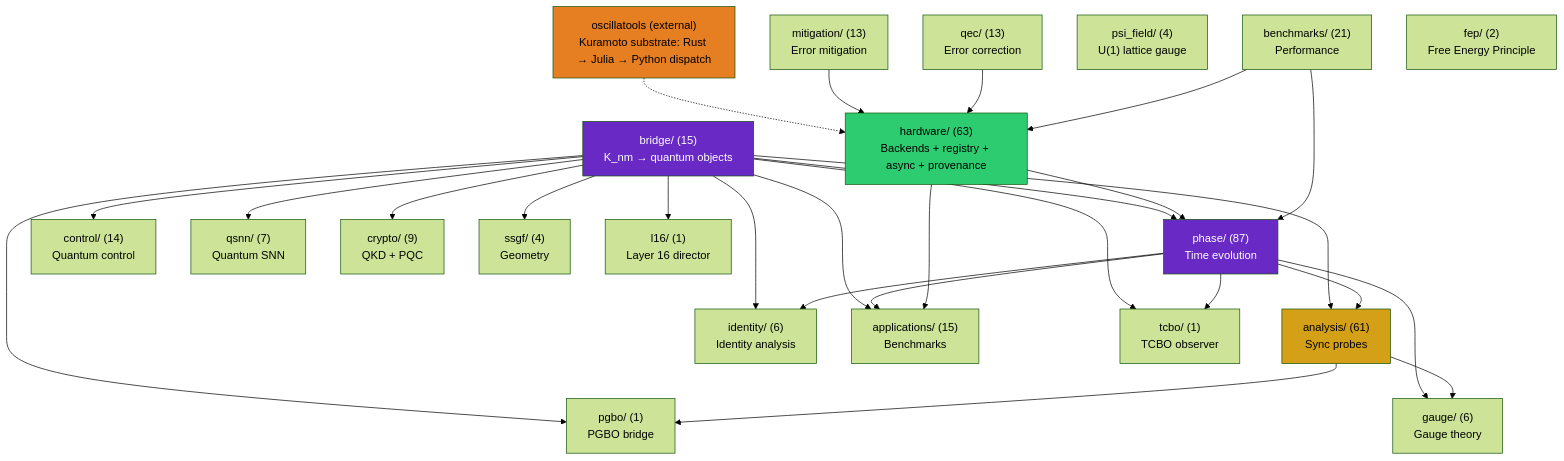
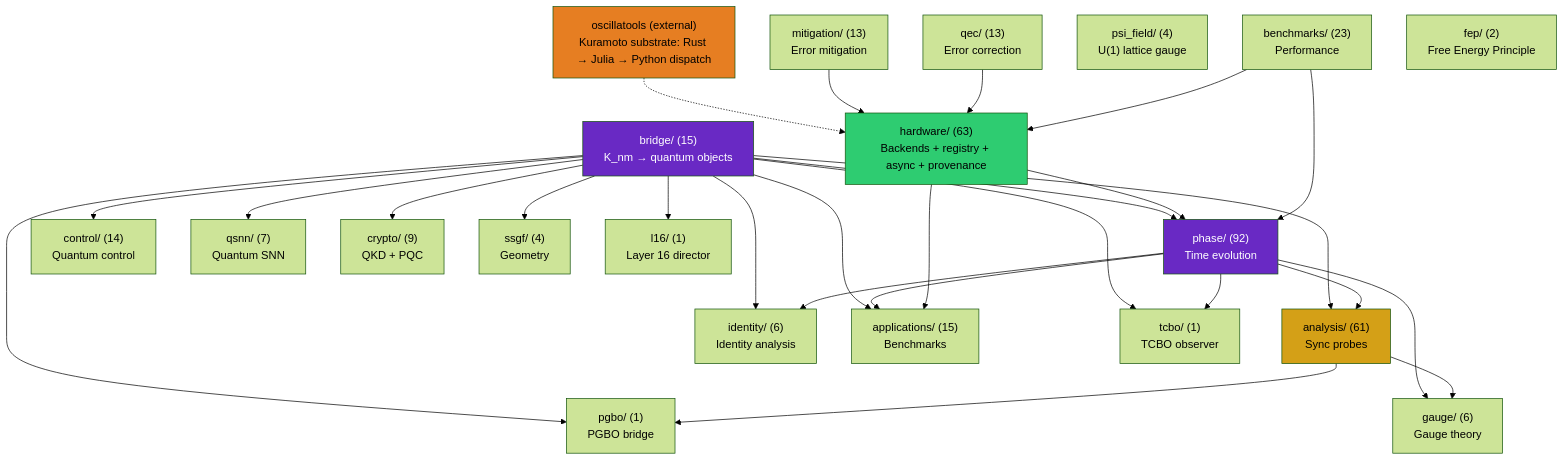
The first of 4 diagrams in docs/architecture.md (anulum/scpn-quantum-control), drawn with Mermaid (forest theme) before and after one commit. The commit also changed other lines of this file and 20 other files, not shown here.

````diff
--- a/docs/architecture.md
+++ b/docs/architecture.md
@@ -88,55 +88,55 @@
 ```mermaid
 graph TD
     bridge["bridge/ (15)\nK_nm → quantum objects"]
-    phase["phase/ (87)\nTime evolution"]
+    phase["phase/ (92)\nTime evolution"]
     analysis["analysis/ (61)\nSync probes"]
     control["control/ (14)\nQuantum control"]
     qsnn["qsnn/ (7)\nQuantum SNN"]
     identity["identity/ (6)\nIdentity analysis"]
     hardware["hardware/ (63)\nBackends + registry + async + provenance"]
     mitigation["mitigation/ (13)\nError mitigation"]
     qec["qec/ (13)\nError correction"]
     gauge["gauge/ (6)\nGauge theory"]
     apps["applications/ (15)\nBenchmarks"]
     crypto["crypto/ (9)\nQKD + PQC"]
-    benchmarks["benchmarks/ (21)\nPerformance"]
+    benchmarks["benchmarks/ (23)\nPerformance"]
     ssgf["ssgf/ (4)\nGeometry"]
     psi_field["psi_field/ (4)\nU(1) lattice gauge"]
     oscillatools["oscillatools (external)\nKuramoto substrate: Rust → Julia → Python dispatch"]
     fep["fep/ (2)\nFree Energy Principle"]
     tcbo["tcbo/ (1)\nTCBO observer"]
     pgbo["pgbo/ (1)\nPGBO bridge"]
     l16["l16/ (1)\nLayer 16 director"]
 
     bridge --> phase
     bridge --> analysis
     bridge --> control
     bridge --> qsnn
     bridge --> identity
     bridge --> apps
     bridge --> crypto
     bridge --> ssgf
     phase --> analysis
     phase --> identity
     phase --> apps
     phase --> gauge
     analysis --> gauge
     hardware --> phase
     hardware --> apps
     oscillatools -.-> hardware
     mitigation --> hardware
     qec --> hardware
     benchmarks --> phase
     benchmarks --> hardware
     bridge --> tcbo
     bridge --> pgbo
     bridge --> l16
     phase --> tcbo
     analysis --> pgbo
 
     style bridge fill:#6929C4,color:#fff
     style analysis fill:#d4a017,color:#000
     style phase fill:#6929C4,color:#fff
     style hardware fill:#2ecc71,color:#000
     style oscillatools fill:#e67e22,color:#000
 ```
````
